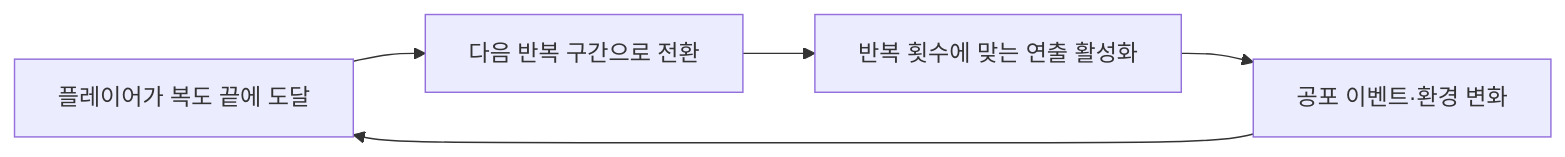
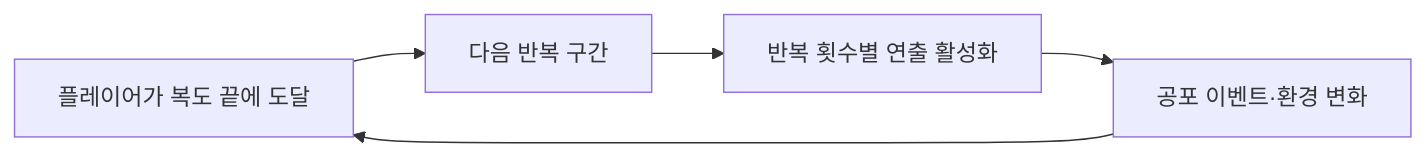
One commit to chaaaron000/game-project-code-archive changed the second of 4 diagrams in Poltergeist/README.md. Above: the diagram before and after it, drawn with Mermaid. The commit also changed other lines of this file, not shown here.

````diff
--- a/Poltergeist/README.md
+++ b/Poltergeist/README.md
@@ -45,7 +30,7 @@
 ```mermaid
 flowchart LR
-    A[플레이어가 복도 끝에 도달] --> B[다음 반복 구간으로 전환]
-    B --> C[반복 횟수에 맞는 연출 활성화]
+    A[플레이어가 복도 끝에 도달] --> B[다음 반복 구간]
+    B --> C[반복 횟수별 연출 활성화]
     C --> D[공포 이벤트·환경 변화]
     D --> A
 ```
````
